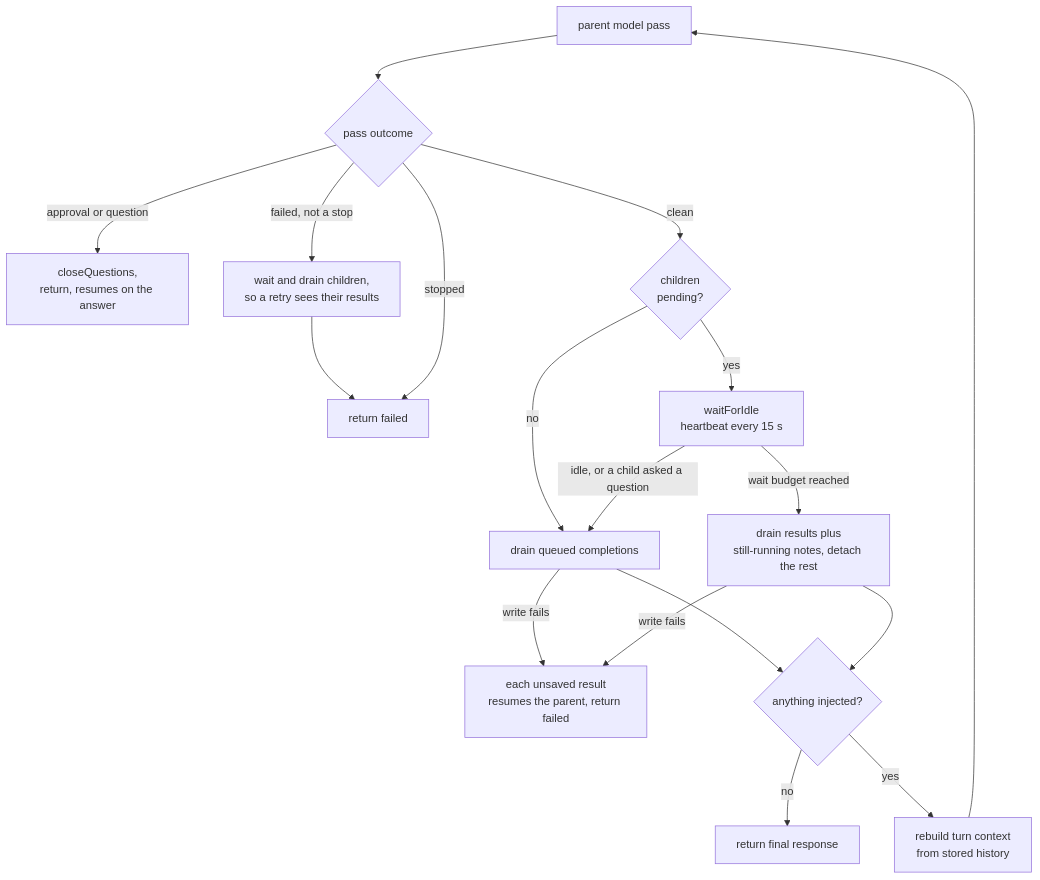
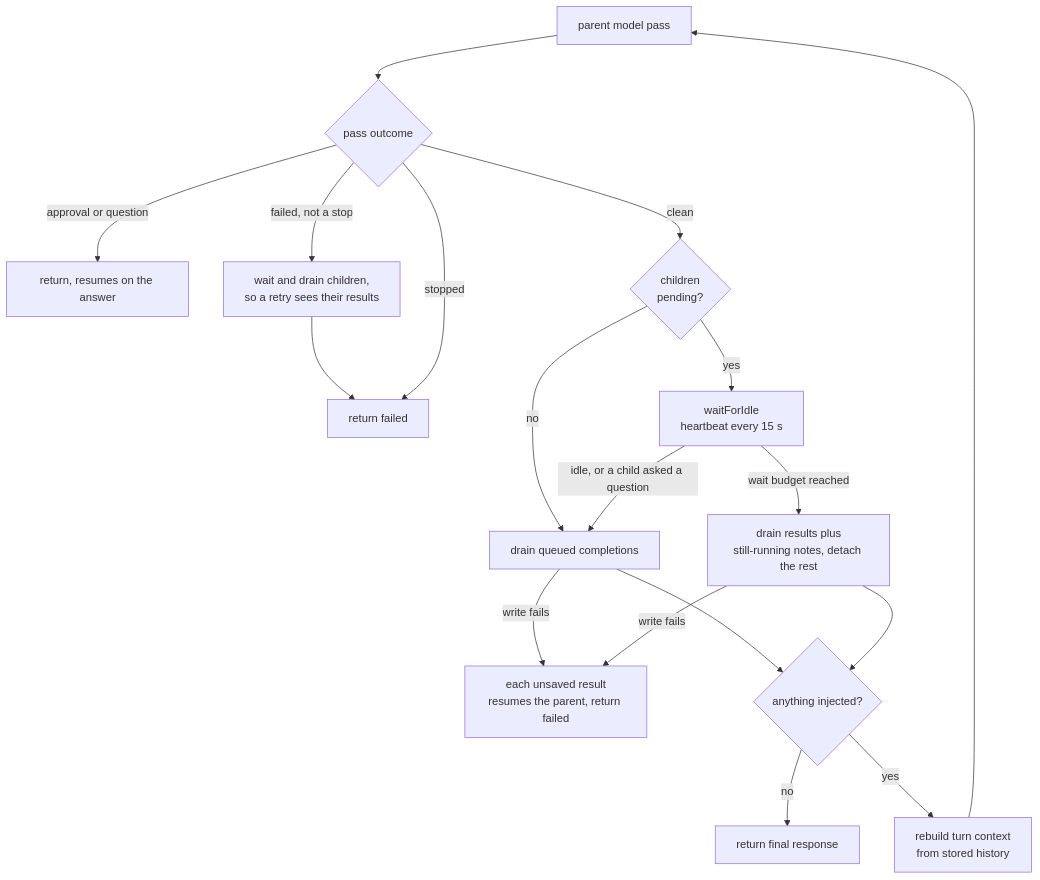
One commit to beeblastco/broods changed the first of 7 diagrams in apps/docs/docs/internals/subagents.md. Above: the diagram before and after it, drawn with Mermaid. The commit also changed other lines of this file and 21 other files, not shown here.

````diff
--- a/apps/docs/docs/internals/subagents.md
+++ b/apps/docs/docs/internals/subagents.md
@@ -20,20 +20,20 @@
 ```mermaid
 flowchart TD
   Pass["parent model pass"] --> Out{"pass outcome"}
-  Out -->|"approval or question"| Park["closeQuestions,<br/>return, resumes on the answer"]
+  Out -->|"approval or question"| Park["return, resumes on the answer"]
   Out -->|"failed, not a stop"| Keep["wait and drain children,<br/>so a retry sees their results"]
   Keep --> Failed["return failed"]
   Out -->|"stopped"| Failed
   Out -->|"clean"| Pend{"children<br/>pending?"}
   Pend -->|"no"| Drain["drain queued completions"]
   Pend -->|"yes"| Wait["waitForIdle<br/>heartbeat every 15 s"]
   Wait -->|"idle, or a child asked a question"| Drain
   Wait -->|"wait budget reached"| Timeout["drain results plus<br/>still-running notes, detach the rest"]
   Drain -->|"write fails"| Lost["each unsaved result<br/>resumes the parent, return failed"]
   Timeout -->|"write fails"| Lost
   Drain --> Inj{"anything injected?"}
   Timeout --> Inj
   Inj -->|"no"| Done["return final response"]
   Inj -->|"yes"| Rebuild["rebuild turn context<br/>from stored history"]
   Rebuild --> Pass
 ```
````
